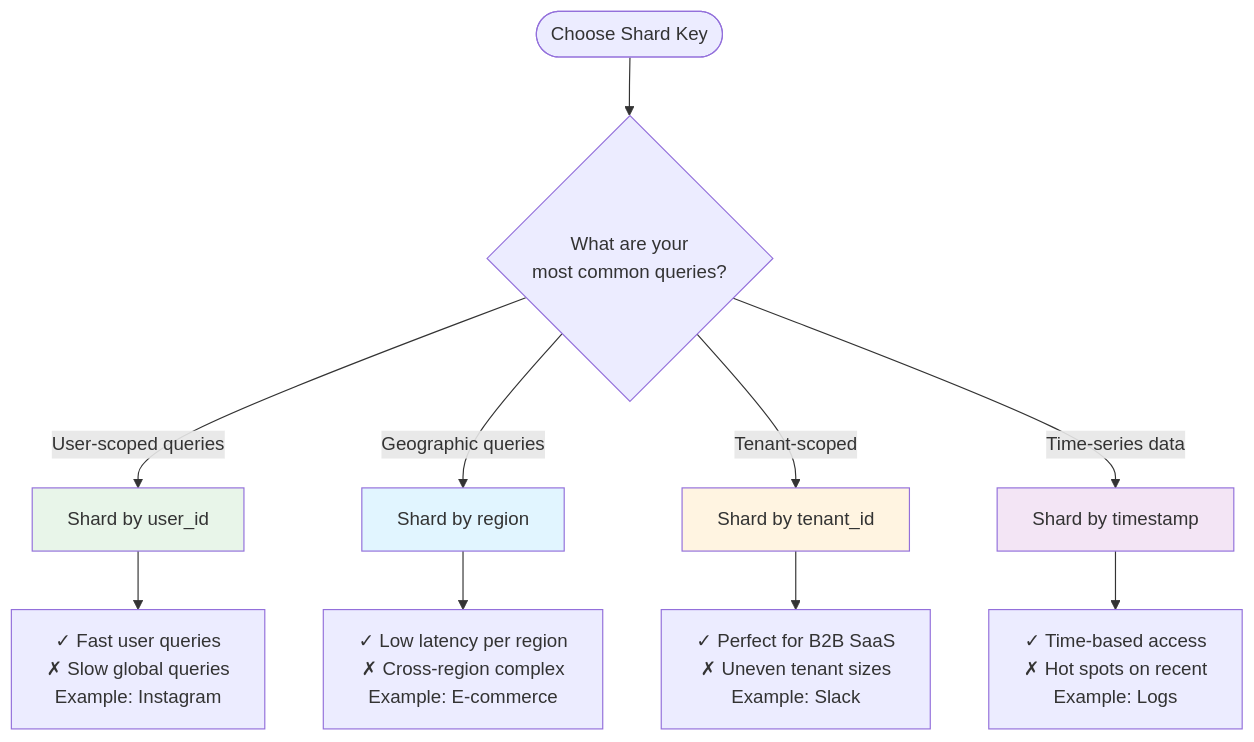
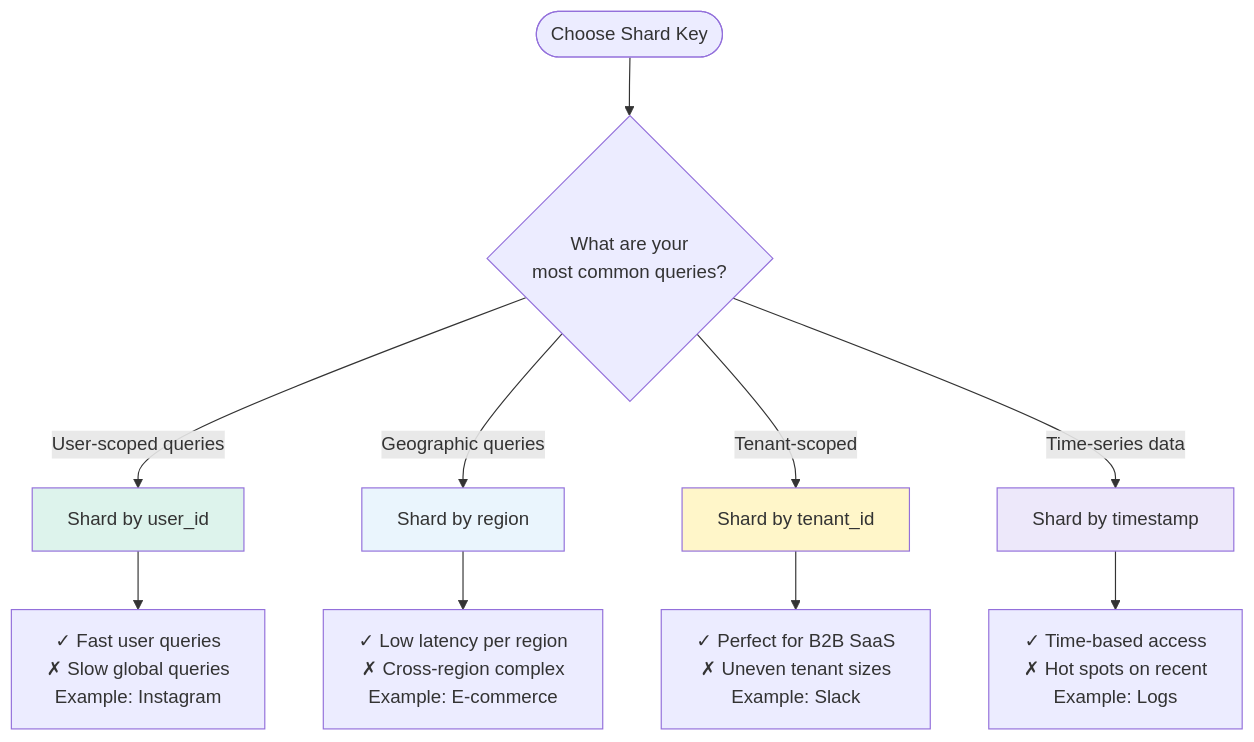
Before and after one commit to cartmancodes/InterviewVault: diagram 17 of 34 in LLD/CoreConcepts/CoreConcepts.md, drawn with Mermaid. The commit also changed other lines of this file and 679 other files, not shown here.

Commit message:
Unify content diagrams and add accessible visual walkthroughs

````diff
--- a/LLD/CoreConcepts/CoreConcepts.md
+++ b/LLD/CoreConcepts/CoreConcepts.md
@@ -611,21 +611,21 @@
 ```mermaid
 flowchart TD
     Start([Choose Shard Key])
     
     Start --> Q1{What are your<br/>most common queries?}
     
     Q1 -->|User-scoped queries| UK[Shard by user_id]
     Q1 -->|Geographic queries| GK[Shard by region]
     Q1 -->|Tenant-scoped| TK[Shard by tenant_id]
     Q1 -->|Time-series data| TIK[Shard by timestamp]
     
     UK --> UKR[✓ Fast user queries<br/>✗ Slow global queries<br/>Example: Instagram]
     GK --> GKR[✓ Low latency per region<br/>✗ Cross-region complex<br/>Example: E-commerce]
     TK --> TKR[✓ Perfect for B2B SaaS<br/>✗ Uneven tenant sizes<br/>Example: Slack]
     TIK --> TIKR[✓ Time-based access<br/>✗ Hot spots on recent<br/>Example: Logs]
     
-    style UK fill:#e8f5e9
-    style GK fill:#e1f5ff
-    style TK fill:#fff4e1
-    style TIK fill:#f3e5f5
+    style UK fill:#DDF3EC
+    style GK fill:#EAF5FD
+    style TK fill:#FFF6C9
+    style TIK fill:#EDE8FA
 ```
````
